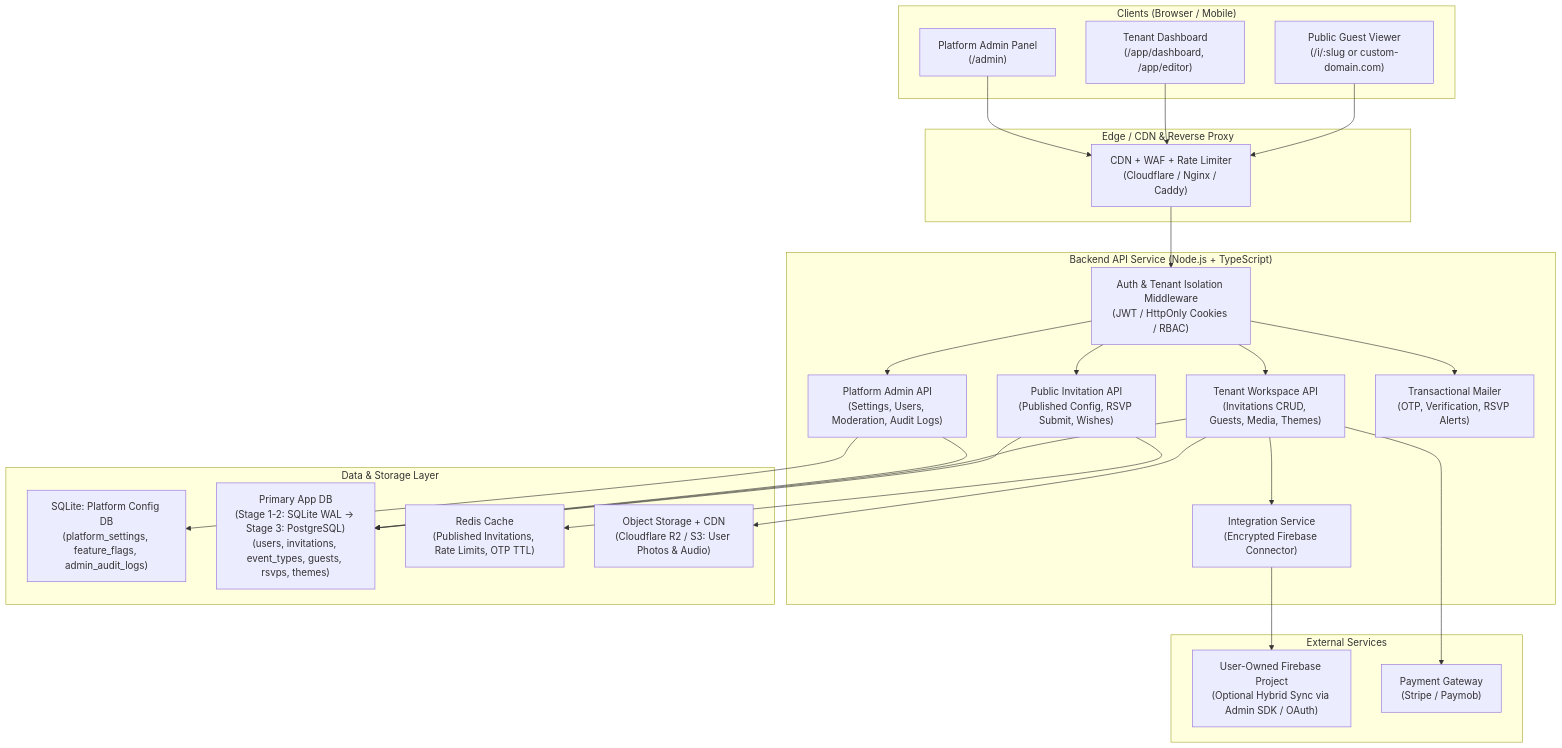
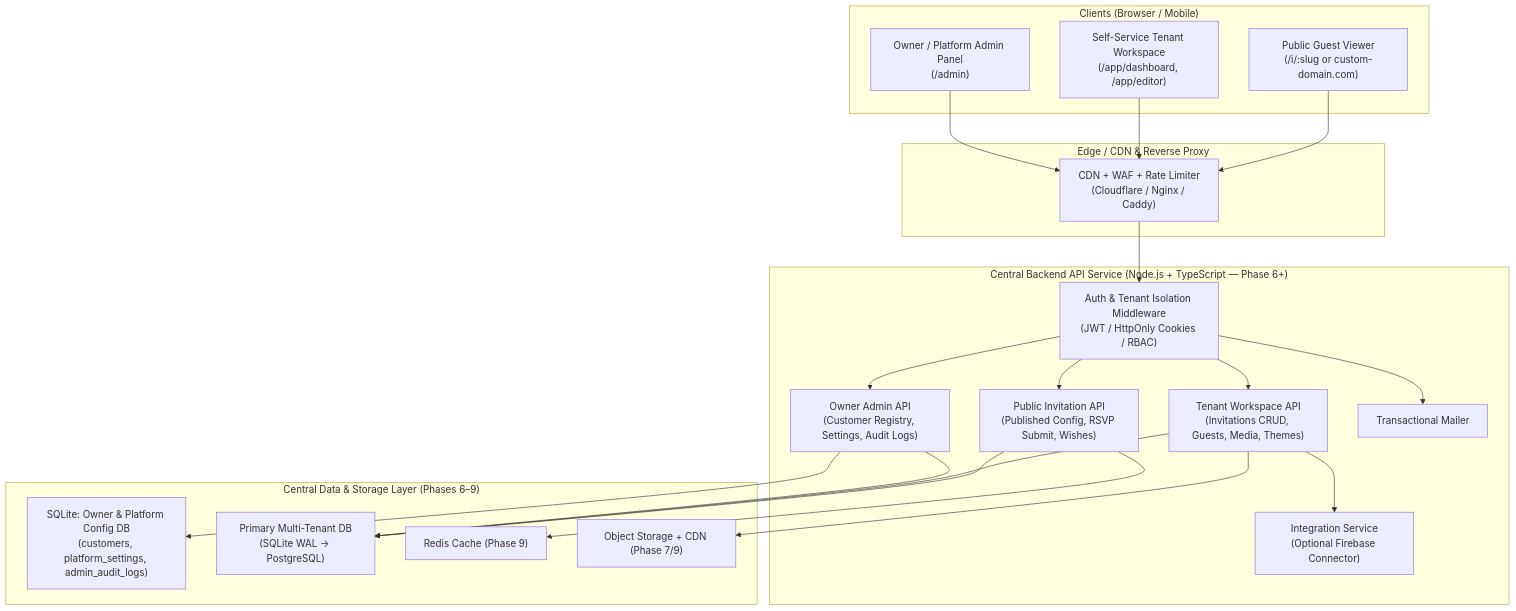
The second of 4 diagrams in upgrade plan.md (hamdyKouta1/invitation), drawn with Mermaid before and after one commit. The commit also changed other lines of this file and 47 other files, not shown here.

````diff
--- a/upgrade plan.md
+++ b/upgrade plan.md
@@ -290,53 +353,44 @@
 ```mermaid
 flowchart TB
     subgraph Clients["Clients (Browser / Mobile)"]
         PublicGuest["Public Guest Viewer\n(/i/:slug or custom-domain.com)"]
-        TenantDash["Tenant Dashboard\n(/app/dashboard, /app/editor)"]
-        PlatformAdmin["Platform Admin Panel\n(/admin)"]
+        TenantDash["Self-Service Tenant Workspace\n(/app/dashboard, /app/editor)"]
+        PlatformAdmin["Owner / Platform Admin Panel\n(/admin)"]
     end
 
     subgraph Edge["Edge / CDN & Reverse Proxy"]
         CDN["CDN + WAF + Rate Limiter\n(Cloudflare / Nginx / Caddy)"]
     end
 
-    subgraph Backend["Backend API Service (Node.js + TypeScript)"]
+    subgraph Backend["Central Backend API Service (Node.js + TypeScript — Phase 6+)"]
         AuthMW["Auth & Tenant Isolation Middleware\n(JWT / HttpOnly Cookies / RBAC)"]
         PublicAPI["Public Invitation API\n(Published Config, RSVP Submit, Wishes)"]
         TenantAPI["Tenant Workspace API\n(Invitations CRUD, Guests, Media, Themes)"]
-        AdminAPI["Platform Admin API\n(Settings, Users, Moderation, Audit Logs)"]
-        IntegrationSvc["Integration Service\n(Encrypted Firebase Connector)"]
-        MailSvc["Transactional Mailer\n(OTP, Verification, RSVP Alerts)"]
+        AdminAPI["Owner Admin API\n(Customer Registry, Settings, Audit Logs)"]
+        IntegrationSvc["Integration Service\n(Optional Firebase Connector)"]
+        MailSvc["Transactional Mailer"]
     end
 
-    subgraph Data["Data & Storage Layer"]
-        SQLiteAdmin["SQLite: Platform Config DB\n(platform_settings, feature_flags, admin_audit_logs)"]
-        AppDB["Primary App DB\n(Stage 1-2: SQLite WAL → Stage 3: PostgreSQL)\n(users, invitations, event_types, guests, rsvps, themes)"]
-        RedisCache["Redis Cache\n(Published Invitations, Rate Limits, OTP TTL)"]
-        ObjStorage["Object Storage + CDN\n(Cloudflare R2 / S3: User Photos & Audio)"]
-    end
-
-    subgraph External["External Services"]
-        UserFirebase["User-Owned Firebase Project\n(Optional Hybrid Sync via Admin SDK / OAuth)"]
-        PaymentGW["Payment Gateway\n(Stripe / Paymob)"]
+    subgraph Data["Central Data & Storage Layer (Phases 6–9)"]
+        SQLiteAdmin["SQLite: Owner & Platform Config DB\n(customers, platform_settings, admin_audit_logs)"]
+        AppDB["Primary Multi-Tenant DB\n(SQLite WAL → PostgreSQL)"]
+        RedisCache["Redis Cache (Phase 9)"]
+        ObjStorage["Object Storage + CDN (Phase 7/9)"]
     end
 
     PublicGuest --> CDN
     TenantDash --> CDN
     PlatformAdmin --> CDN
     CDN --> AuthMW
-
     AuthMW --> PublicAPI
     AuthMW --> TenantAPI
     AuthMW --> AdminAPI
-
     PublicAPI --> RedisCache
     PublicAPI --> AppDB
     TenantAPI --> AppDB
     TenantAPI --> ObjStorage
     TenantAPI --> IntegrationSvc
-    TenantAPI --> PaymentGW
     AdminAPI --> SQLiteAdmin
     AdminAPI --> AppDB
-    IntegrationSvc --> UserFirebase
     AuthMW --> MailSvc
 ```
````
